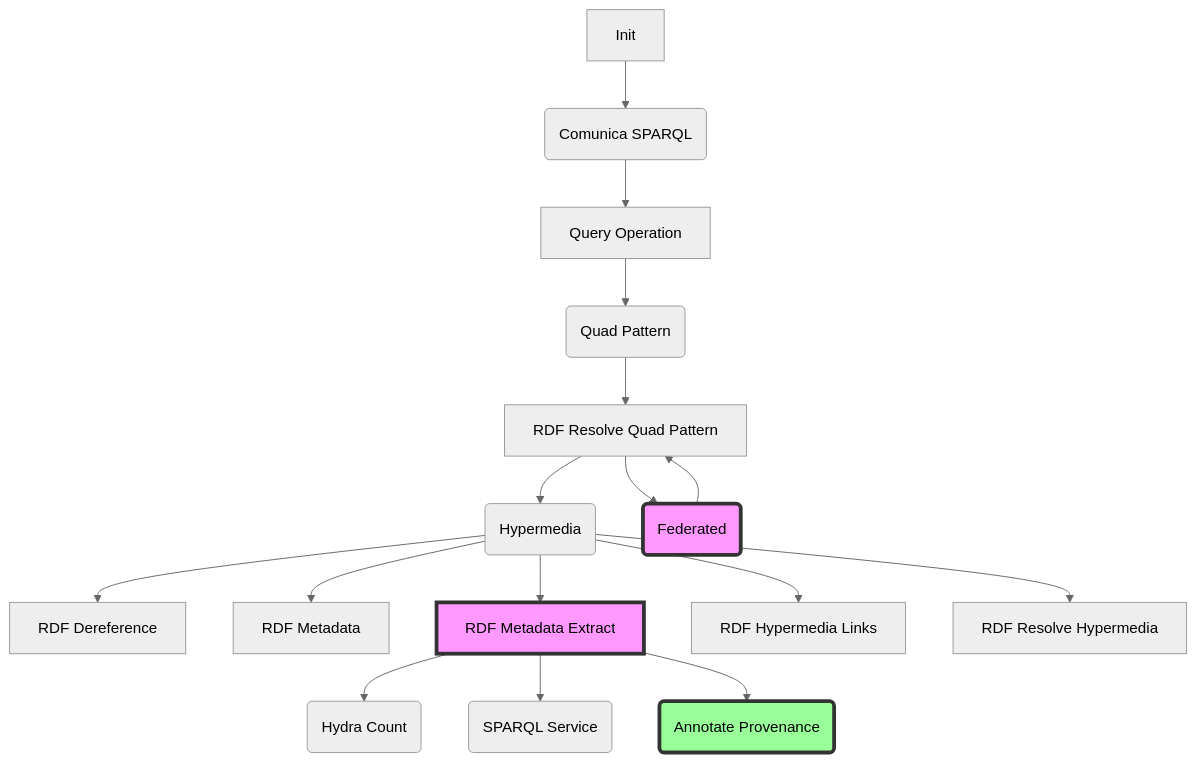
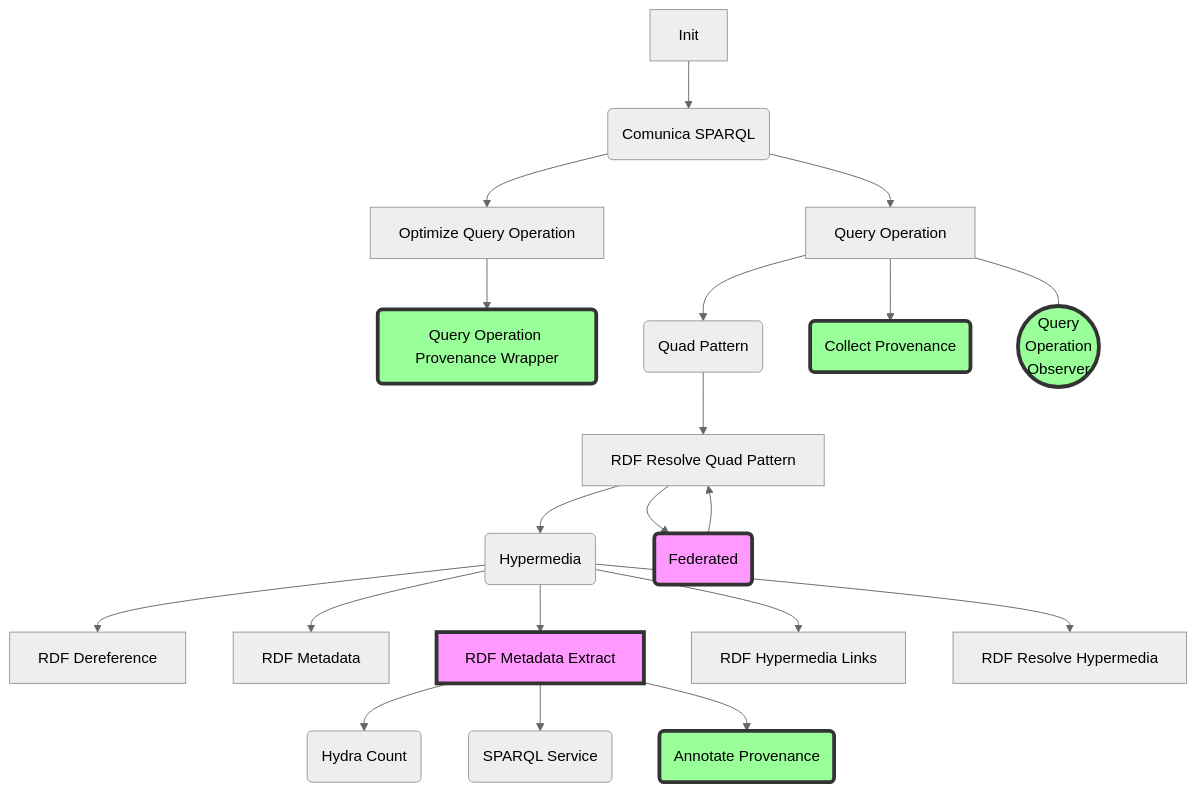
The second of 2 diagrams in docs/REPORT.md (RMLio/prov4itdata-web-app), drawn with Mermaid (neutral theme) before and after one commit.

Commit message:
wip: architecture/comunica

````diff
--- a/docs/REPORT.md
+++ b/docs/REPORT.md
@@ -261,64 +261,80 @@
 ```mermaid
 
 graph TD
 
 
 
   linkStyle default interpolate basis
 
 
     B_I[Init]
     A_CS(Comunica SPARQL)
 
+    B_OQO[Optimize Query Operation]
     B_QO[Query Operation]
+
+    O_QO((Query<br> Operation<br> Observer))
+    A_CP(Collect Provenance)
+    A_PW(Query Operation Provenance Wrapper)
+
+
     A_QP(Quad Pattern)
 
     B_RQP[RDF Resolve Quad Pattern]
 
     A_Hm(Hypermedia)
     A_F(Federated)
 
     B_RDr[RDF Dereference]
 
     B_RM[RDF Metadata]
 
     B_RME[RDF Metadata Extract]
 
     A_HC(Hydra Count)
     A_SS(SPARQL Service)
     A_AP(Annotate Provenance)
     
     
     B_RHL[RDF Hypermedia Links]
 
     B_RRH[RDF Resolve Hypermedia]
 
     %%%%%%%%%%%%%%%%%%%%%%%%%%
        %% connections
 
     B_I  --> A_CS
     
+    A_CS --> B_OQO
     A_CS --> B_QO
 
+    B_OQO --> A_PW
+
     B_QO --> A_QP
+    B_QO --> A_CP
+    B_QO --- O_QO
 
     A_QP --> B_RQP
 
     B_RQP --> A_Hm
     B_RQP --> A_F
     A_F --> B_RQP
 
     A_Hm --> B_RDr
     A_Hm --> B_RM
     A_Hm --> B_RME
     A_Hm --> B_RHL
     A_Hm --> B_RRH
 
     B_RME --> A_HC
     B_RME --> A_SS
     B_RME --> A_AP
 
     style A_F fill:#f9f,stroke:#333,stroke-width:4px
     style B_RME fill:#f9f,stroke:#333,stroke-width:4px
     style A_AP fill:#9f9,stroke:#333,stroke-width:4px
+
+    style A_PW fill:#9f9,stroke:#333,stroke-width:4px
+    style A_CP fill:#9f9,stroke:#333,stroke-width:4px
+    style O_QO fill:#9f9,stroke:#333,stroke-width:4px
 ```
````
